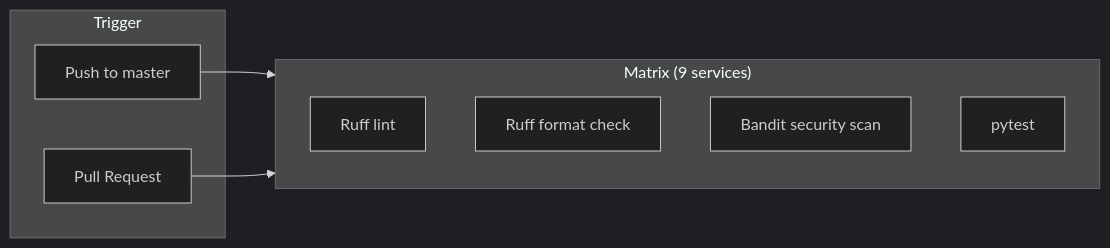
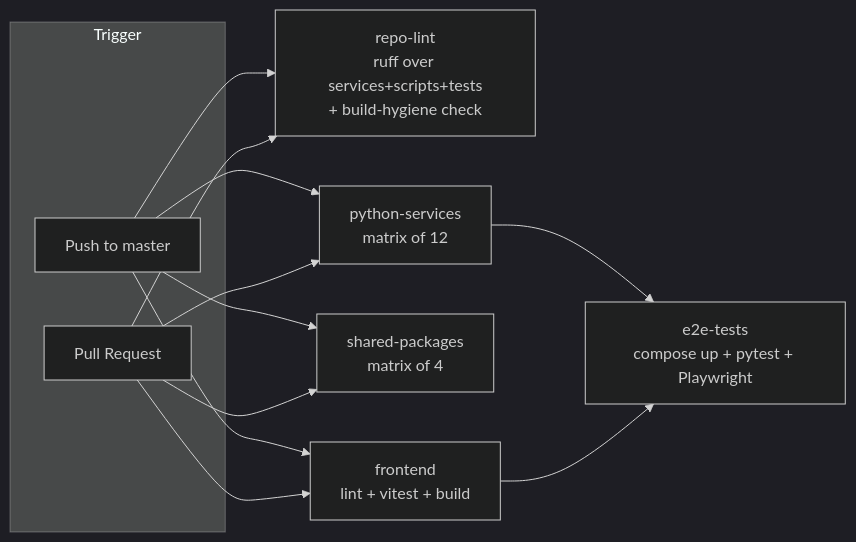
The sixth of 6 diagrams in README.md (Jothom2912/Finance-Tracker), drawn with Mermaid (dark theme) before and after one commit. The commit also changed other lines of this file, not shown here.

First line of the commit message:
docs: bring root README up to date — 12 services, ES read store, CI-gates

````diff
--- a/README.md
+++ b/README.md
@@ -537,17 +647,18 @@
 ```mermaid
 flowchart LR
     subgraph trigger [Trigger]
         Push["Push to master"]
         PR["Pull Request"]
     end
 
-    subgraph matrix ["Matrix (9 services)"]
-        Lint["Ruff lint"]
-        Format["Ruff format check"]
-        Bandit["Bandit security scan"]
-        Test["pytest"]
-    end
+    RL["repo-lint<br/>ruff over services+scripts+tests<br/>+ build-hygiene check"]
+    PS["python-services<br/>matrix of 12"]
+    SP["shared-packages<br/>matrix of 4"]
+    FE["frontend<br/>lint + vitest + build"]
+    E2E["e2e-tests<br/>compose up + pytest + Playwright"]
 
-    Push --> matrix
-    PR --> matrix
+    Push --> RL & PS & SP & FE
+    PR --> RL & PS & SP & FE
+    PS --> E2E
+    FE --> E2E
 ```
````
